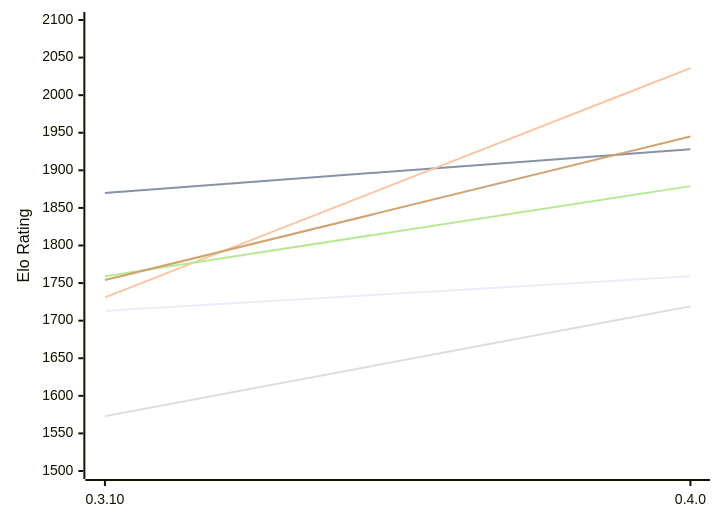
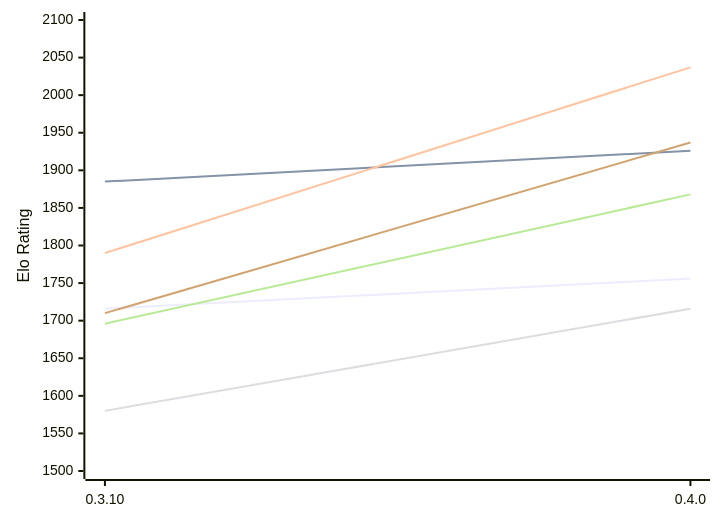
The first of 2 diagrams in engines/Arche.md (computer-chess-index/cci), drawn with Mermaid before and after one commit. The commit also changed other lines of this file, not shown here.

Commit message:
Update CCI Ratings (ELO VLTC) - 2026-11-14

````diff
--- a/engines/Arche.md
+++ b/engines/Arche.md
@@ -53,12 +53,12 @@
 ```mermaid
 %%{init: {"theme":"base","themeVariables":{"seriesColors:['#a3a3a3','#222221','#faa371']}}}%%
 xychart-beta
   x-axis ["0.3.10", "0.4.0"]
   y-axis "Elo Rating" 1500 --> 2100
-  line "E1: STC (8.0+0.08s)" [1713, 1759]
-  line "E1: LTC (60.0+0.60s)" [1870, 1928]
-  line "E1: VLTC (2m24s+1.12s)" [1731, 2036]
-  line "P1: STC (8.0+0.08s)" [1573, 1719]
-  line "P1: LTC (60.0+0.60s)" [1759, 1879]
-  line "P1: VLTC (2m24s+1.12s)" [1754, 1945]
+  line "E1: STC (8.0+0.08s)" [1716, 1756]
+  line "E1: LTC (60.0+0.60s)" [1885, 1926]
+  line "E1: VLTC (2m24s+1.12s)" [1790, 2037]
+  line "P1: STC (8.0+0.08s)" [1580, 1716]
+  line "P1: LTC (60.0+0.60s)" [1696, 1868]
+  line "P1: VLTC (2m24s+1.12s)" [1710, 1937]
 ```
````
